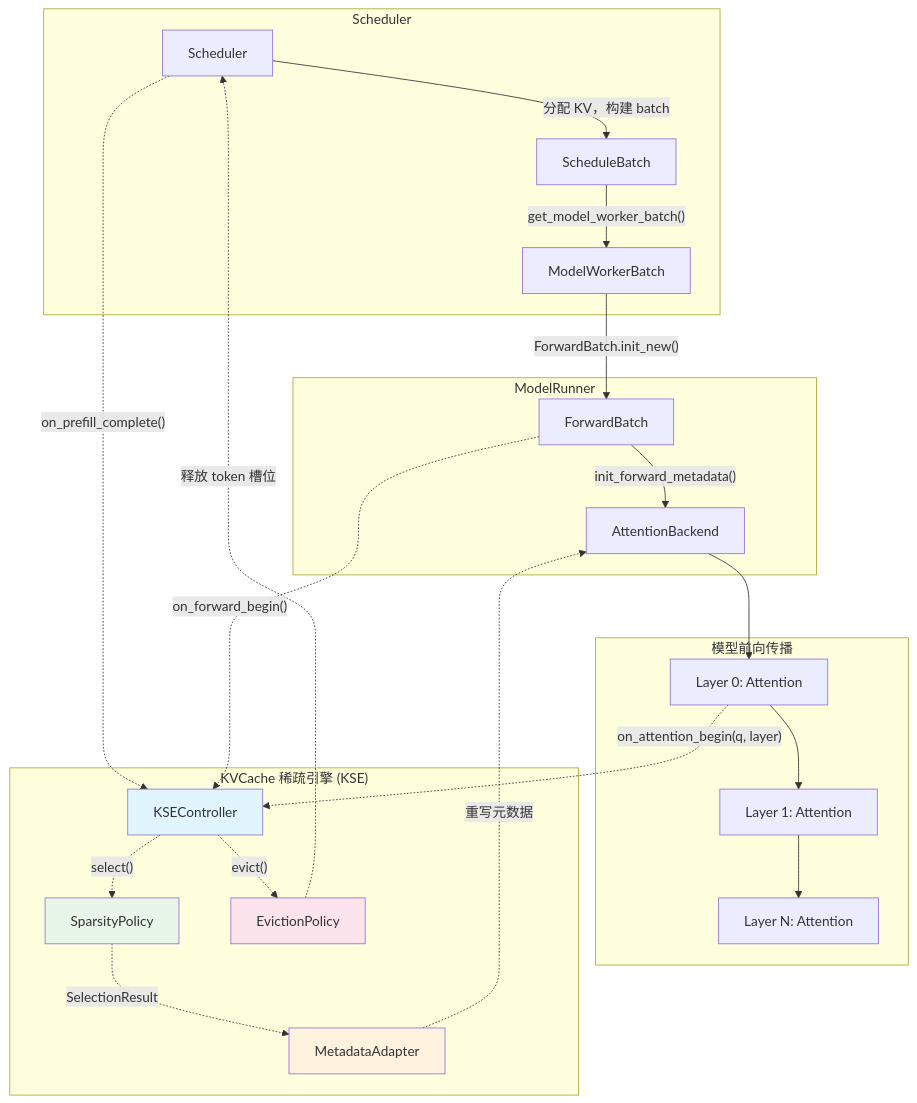
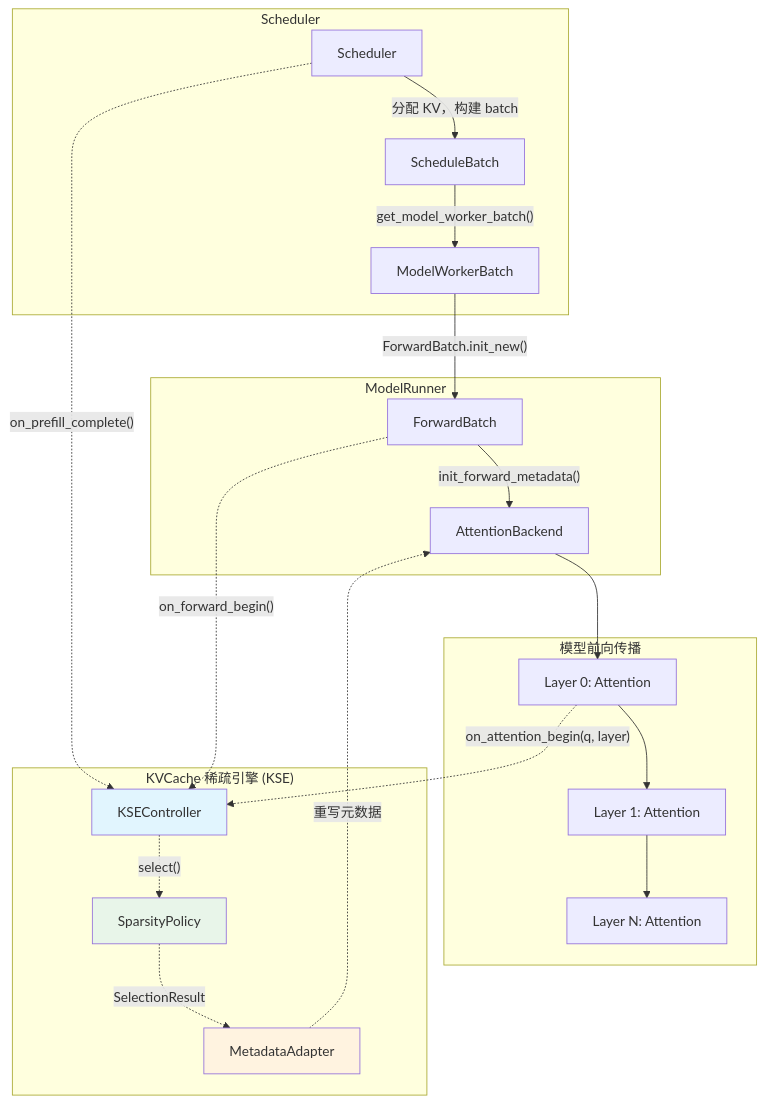
One commit to magicYang1573/sglang changed the first of 2 diagrams in docs/advanced_features/kv_cache_sparsity_engine-zh.md. Above: the diagram before and after it, drawn with Mermaid. The commit also changed other lines of this file and 10 other files, not shown here.

````diff
--- a/docs/advanced_features/kv_cache_sparsity_engine-zh.md
+++ b/docs/advanced_features/kv_cache_sparsity_engine-zh.md
@@ -35,40 +35,36 @@
 ```mermaid
 graph TB
     subgraph Scheduler
         S[Scheduler] -->|"分配 KV，构建 batch"| SB[ScheduleBatch]
         SB -->|"get_model_worker_batch()"| MWB[ModelWorkerBatch]
     end
 
     subgraph ModelRunner
         MWB -->|"ForwardBatch.init_new()"| FB[ForwardBatch]
         FB -->|"init_forward_metadata()"| AB[AttentionBackend]
     end
 
     subgraph 模型前向传播
         AB --> L1[Layer 0: Attention]
         L1 --> L2[Layer 1: Attention]
         L2 --> LN[Layer N: Attention]
     end
 
     subgraph "KVCache 稀疏引擎 (KSE)"
         KSE_CTRL[KSEController]
         SP[SparsityPolicy]
         MA[MetadataAdapter]
-        EP[EvictionPolicy]
     end
 
     S -. "on_prefill_complete()" .-> KSE_CTRL
-    KSE_CTRL -. "evict()" .-> EP
-    EP -. "释放 token 槽位" .-> S
 
     FB -. "on_forward_begin()" .-> KSE_CTRL
     L1 -. "on_attention_begin(q, layer)" .-> KSE_CTRL
     KSE_CTRL -. "select()" .-> SP
     SP -. "SelectionResult" .-> MA
     MA -. "重写元数据" .-> AB
 
     style KSE_CTRL fill:#e1f5fe
     style SP fill:#e8f5e9
     style MA fill:#fff3e0
-    style EP fill:#fce4ec
 ```
````
